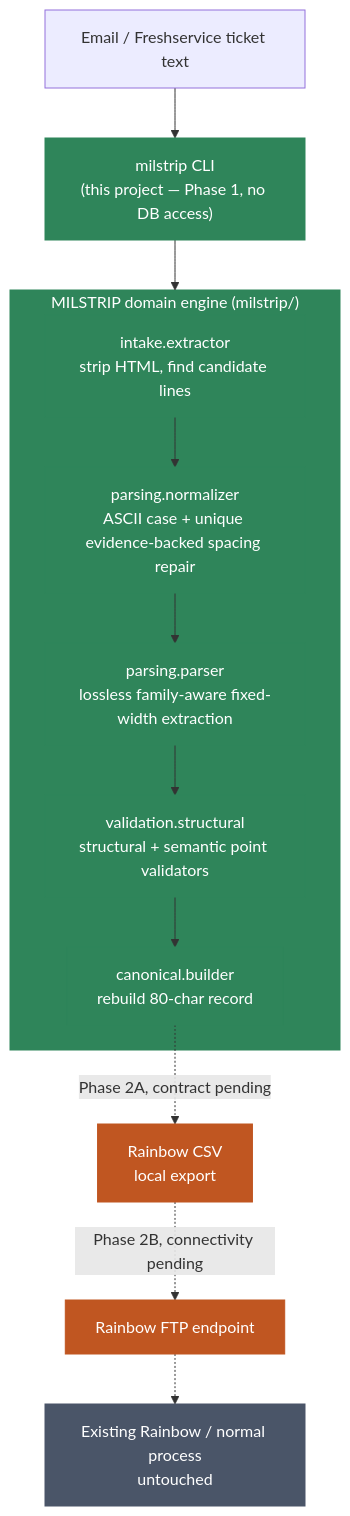
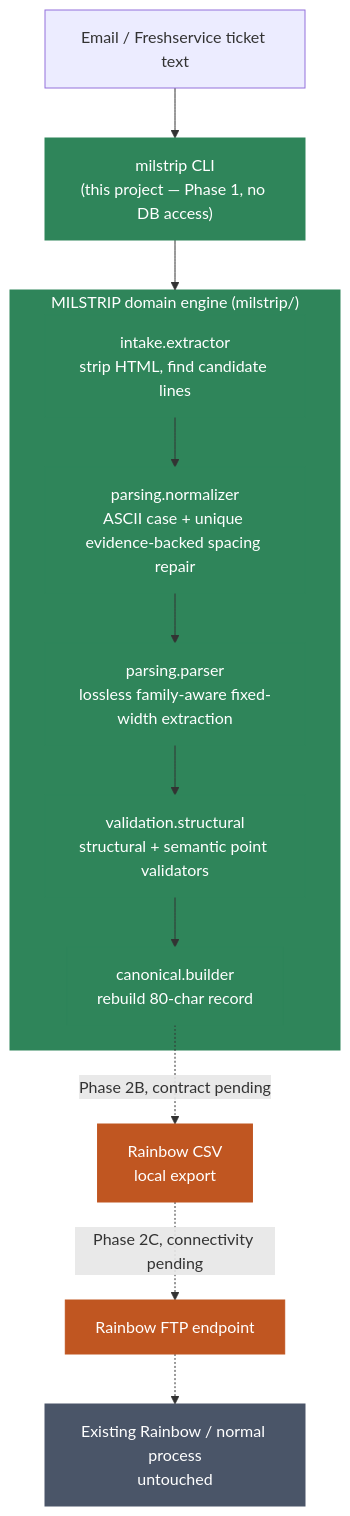
The second of 5 diagrams in docs/ARCHITECTURE.md (edfortheblind/MILSTRIP), drawn with Mermaid before and after one commit. The commit also changed other lines of this file and 26 other files, not shown here.

Commit message:
Build Phase 2A Windows review toolkit

````diff
--- a/docs/ARCHITECTURE.md
+++ b/docs/ARCHITECTURE.md
@@ -30,25 +30,25 @@
 ```mermaid
 graph TD
     EMAIL["Email / Freshservice ticket text"] --> CLI["milstrip CLI<br/>(this project — Phase 1, no DB access)"]
 
     subgraph engine["MILSTRIP domain engine (milstrip/)"]
         EXTRACT["intake.extractor<br/>strip HTML, find candidate lines"]
         NORM["parsing.normalizer<br/>ASCII case + unique evidence-backed spacing repair"]
         PARSE["parsing.parser<br/>lossless family-aware fixed-width extraction"]
         VALID["validation.structural<br/>structural + semantic point validators"]
         BUILD["canonical.builder<br/>rebuild 80-char record"]
         EXTRACT --> NORM --> PARSE --> VALID --> BUILD
     end
 
     CLI --> engine
-    BUILD -.->|Phase 2A, contract pending| CSV["Rainbow CSV<br/>local export"]
-    CSV -.->|Phase 2B, connectivity pending| FTP["Rainbow FTP endpoint"]
+    BUILD -.->|Phase 2B, contract pending| CSV["Rainbow CSV<br/>local export"]
+    CSV -.->|Phase 2C, connectivity pending| FTP["Rainbow FTP endpoint"]
     FTP -.-> NORMAL["Existing Rainbow / normal process<br/>untouched"]
 
     classDef new fill:#2f855a,color:#fff,stroke:#2f855a
     classDef future fill:#c05621,color:#fff,stroke:#c05621
     classDef unchanged fill:#4a5568,color:#fff,stroke:#4a5568
     class CLI,engine,EXTRACT,PARSE,NORM,VALID,BUILD new
     class CSV,FTP future
     class NORMAL unchanged
 ```
````
